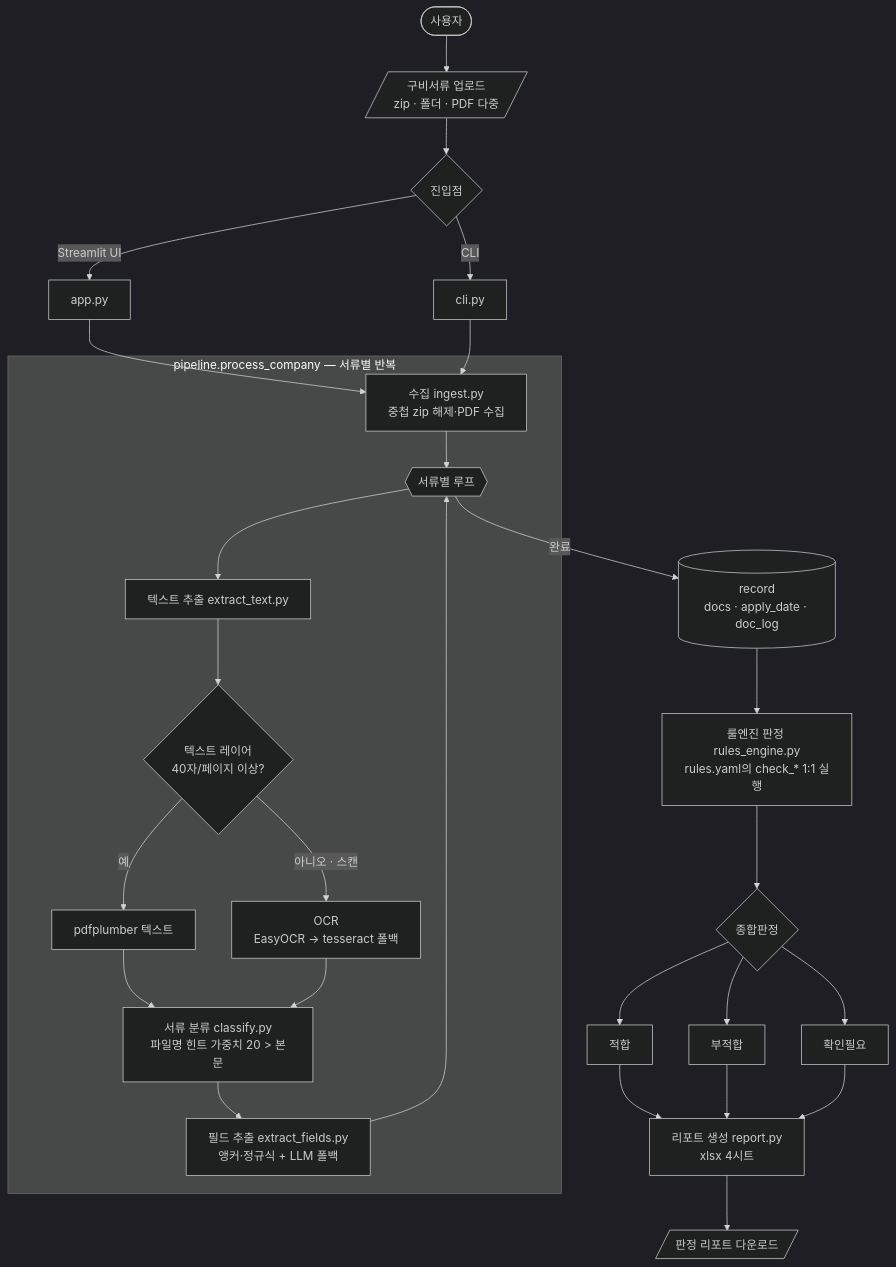
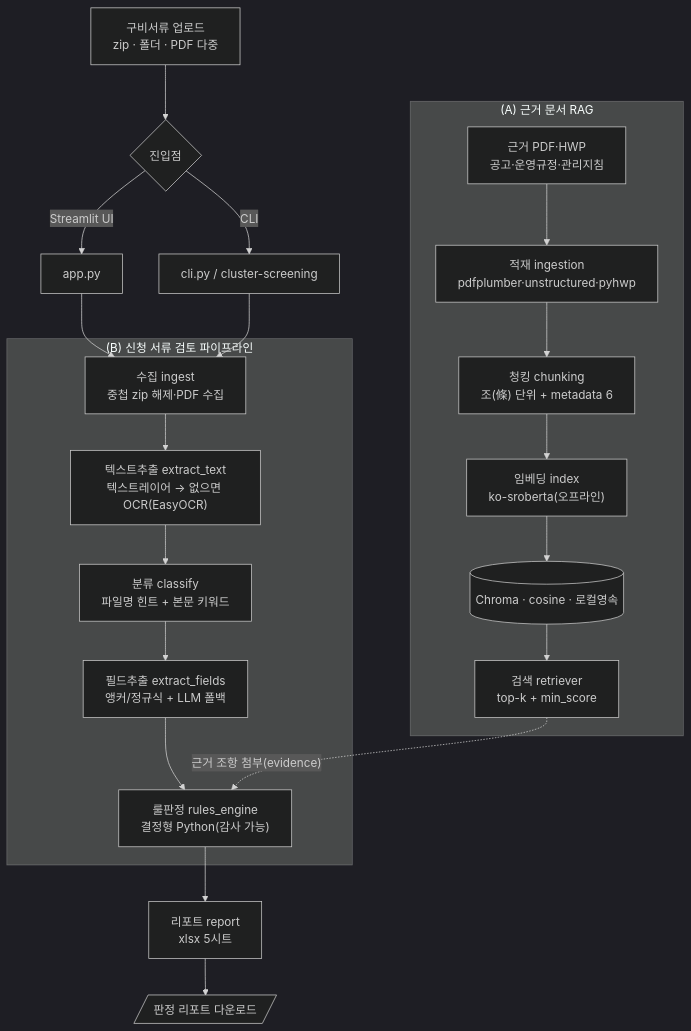
Before and after one commit to rola80/cluster-monitoring: the diagram in README.md, drawn with Mermaid (dark theme). The commit also changed other lines of this file, not shown here.

First line of the commit message:
docs: README 전면 개편(RAG Lab 스타일) + RAG 단계별 구현 현황

````diff
--- a/README.md
+++ b/README.md
@@ -11,32 +25,27 @@
 ```mermaid
 flowchart TD
-    U([사용자]) --> UP[/구비서류 업로드<br/>zip · 폴더 · PDF 다중/]
-    UP --> ENTRY{진입점}
-    ENTRY -->|Streamlit UI| APP[app.py]
-    ENTRY -->|CLI| CLI[cli.py]
+    U["구비서류 업로드<br/>zip · 폴더 · PDF 다중"] --> ENTRY{진입점}
+    ENTRY -->|Streamlit UI| APP["app.py"]
+    ENTRY -->|CLI| CLI["cli.py / cluster-screening"]
     APP --> PROC
     CLI --> PROC
 
-    subgraph PIPE["pipeline.process_company — 서류별 반복"]
-        PROC[수집 ingest.py<br/>중첩 zip 해제·PDF 수집] --> LOOP{{서류별 루프}}
-        LOOP --> EXTRACT[텍스트 추출 extract_text.py]
-        EXTRACT --> HASTEXT{텍스트 레이어<br/>40자/페이지 이상?}
-        HASTEXT -->|예| TXT[pdfplumber 텍스트]
-        HASTEXT -->|아니오 · 스캔| OCR[OCR<br/>EasyOCR → tesseract 폴백]
-        TXT --> CLS
-        OCR --> CLS
-        CLS[서류 분류 classify.py<br/>파일명 힌트 가중치 20 > 본문] --> FLD[필드 추출 extract_fields.py<br/>앵커·정규식 + LLM 폴백]
-        FLD --> LOOP
+    subgraph B["(B) 신청 서류 검토 파이프라인"]
+        PROC["수집 ingest<br/>중첩 zip 해제·PDF 수집"] --> EXT["텍스트추출 extract_text<br/>텍스트레이어 → 없으면 OCR(EasyOCR)"]
+        EXT --> CLS["분류 classify<br/>파일명 힌트 + 본문 키워드"]
+        CLS --> FLD["필드추출 extract_fields<br/>앵커/정규식 + LLM 폴백"]
+        FLD --> RUL["룰판정 rules_engine<br/>결정형 Python(감사 가능)"]
     end
 
-    LOOP -->|완료| REC[(record<br/>docs · apply_date · doc_log)]
-    REC --> RULES[룰엔진 판정 rules_engine.py<br/>rules.yaml의 check_* 1:1 실행]
-    RULES --> JUDGE{종합판정}
-    JUDGE --> A[적합]
-    JUDGE --> B[부적합]
-    JUDGE --> C[확인필요]
-    A --> REP
-    B --> REP
-    C --> REP
-    REP[리포트 생성 report.py<br/>xlsx 4시트] --> DL[/판정 리포트 다운로드/]
+    subgraph A["(A) 근거 문서 RAG"]
+        REF["근거 PDF·HWP<br/>공고·운영규정·관리지침"] --> ING["적재 ingestion<br/>pdfplumber·unstructured·pyhwp"]
+        ING --> CHK["청킹 chunking<br/>조(條) 단위 + metadata 6"]
+        CHK --> IDX["임베딩 index<br/>ko-sroberta(오프라인)"]
+        IDX --> VDB[("Chroma · cosine · 로컬영속")]
+        VDB --> RET["검색 retriever<br/>top-k + min_score"]
+    end
+
+    RET -. "근거 조항 첨부(evidence)" .-> RUL
+    RUL --> REP["리포트 report<br/>xlsx 5시트"]
+    REP --> DL[/판정 리포트 다운로드/]
 ```
````
